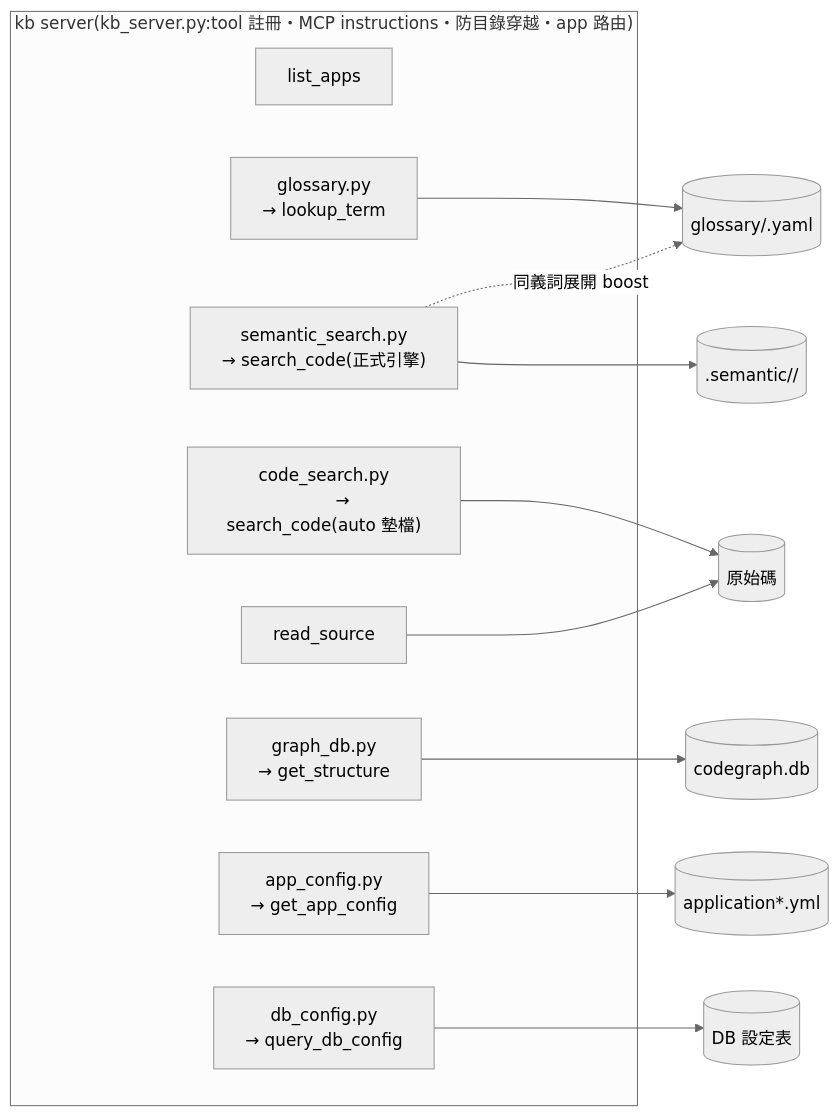
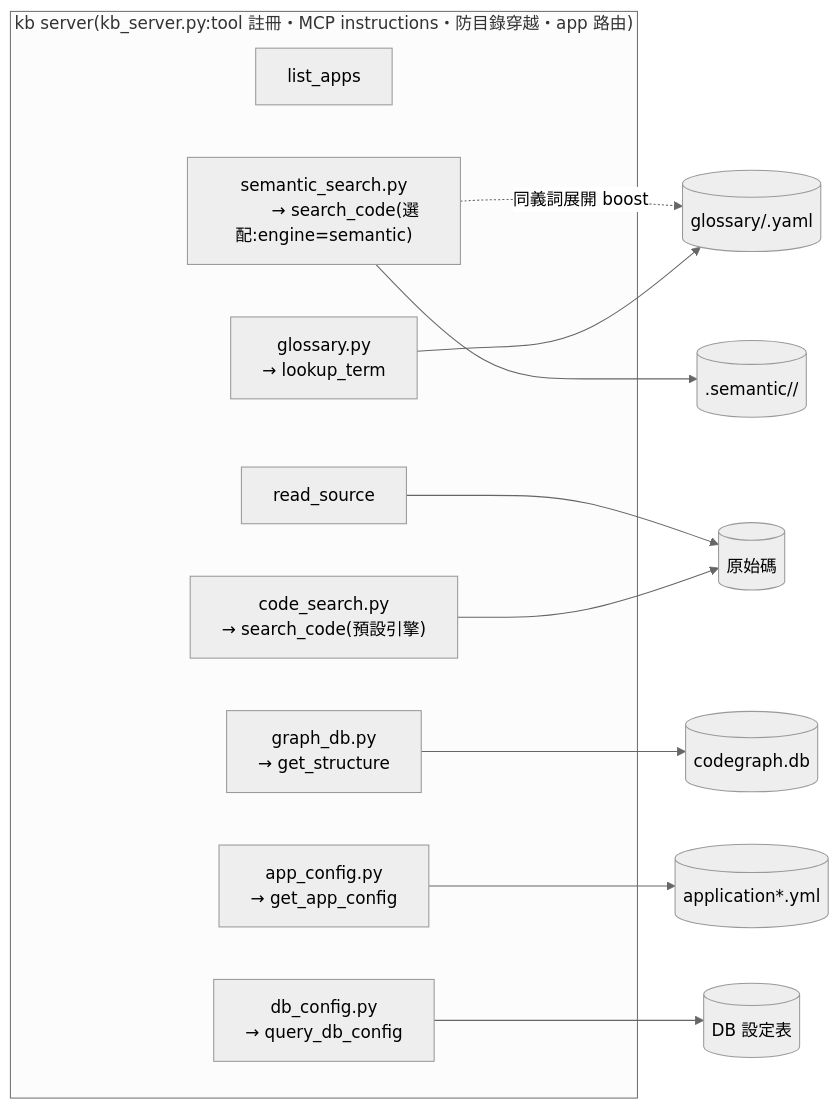
The third of 3 diagrams in docs/SPEC.md (pomelo830523/Rosetta), drawn with Mermaid (neutral theme) before and after one commit. The commit also changed other lines of this file and 16 other files, not shown here.

````diff
--- a/docs/SPEC.md
+++ b/docs/SPEC.md
@@ -106,27 +117,27 @@
 ```mermaid
 flowchart LR
     subgraph server["kb server(kb_server.py:tool 註冊・MCP instructions・防目錄穿越・app 路由)"]
         la["list_apps"]
         g["glossary.py
         → lookup_term"]
+        cs["code_search.py
+        → search_code(預設引擎)"]
         ss["semantic_search.py
-        → search_code(正式引擎)"]
-        cs["code_search.py
-        → search_code(auto 墊檔)"]
+        → search_code(選配:engine=semantic)"]
         gd["graph_db.py
         → get_structure"]
         rs["read_source"]
         ac["app_config.py
         → get_app_config"]
         dc["db_config.py
         → query_db_config"]
     end
     g --> gloss[("glossary/<app>.yaml")]
     ss --> vec[(".semantic/<app>/")]
     ss -.->|"同義詞展開 boost"| gloss
     cs --> code[("原始碼")]
     gd --> cg[("codegraph.db")]
     rs --> code
     ac --> yml[("application*.yml")]
     dc --> db[("DB 設定表")]
 ```
````
